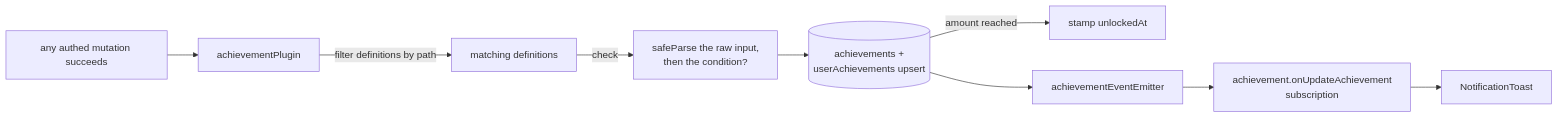
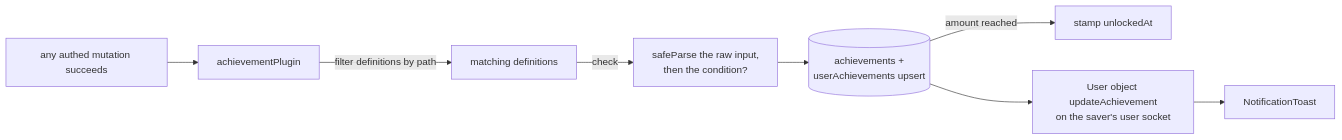
Before and after one commit to Esposter/Esposter: the diagram in openspec/specs/achievement/unlock-pipeline/design.md, drawn with Mermaid. The commit also changed other lines of this file and 9 other files, not shown here.

First line of the commit message:
docs(openspec): the live specs describe the user object's events, the user socket and the reminder row

````diff
--- a/openspec/specs/achievement/unlock-pipeline/design.md
+++ b/openspec/specs/achievement/unlock-pipeline/design.md
@@ -7,11 +7,10 @@
 ```mermaid
 flowchart LR
   mutation[any authed mutation succeeds] --> plugin[achievementPlugin]
   plugin -->|filter definitions by path| defs[matching definitions]
   defs -->|check| check[safeParse the raw input,<br/>then the condition?]
   check --> upsert[(achievements +<br/>userAchievements upsert)]
   upsert -->|amount reached| unlock[stamp unlockedAt]
-  upsert --> emit[achievementEventEmitter]
-  emit --> sub[achievement.onUpdateAchievement<br/>subscription]
-  sub --> toast[NotificationToast]
+  upsert --> send["User object updateAchievement<br/>on the saver's user socket"]
+  send --> toast[NotificationToast]
 ```
````
